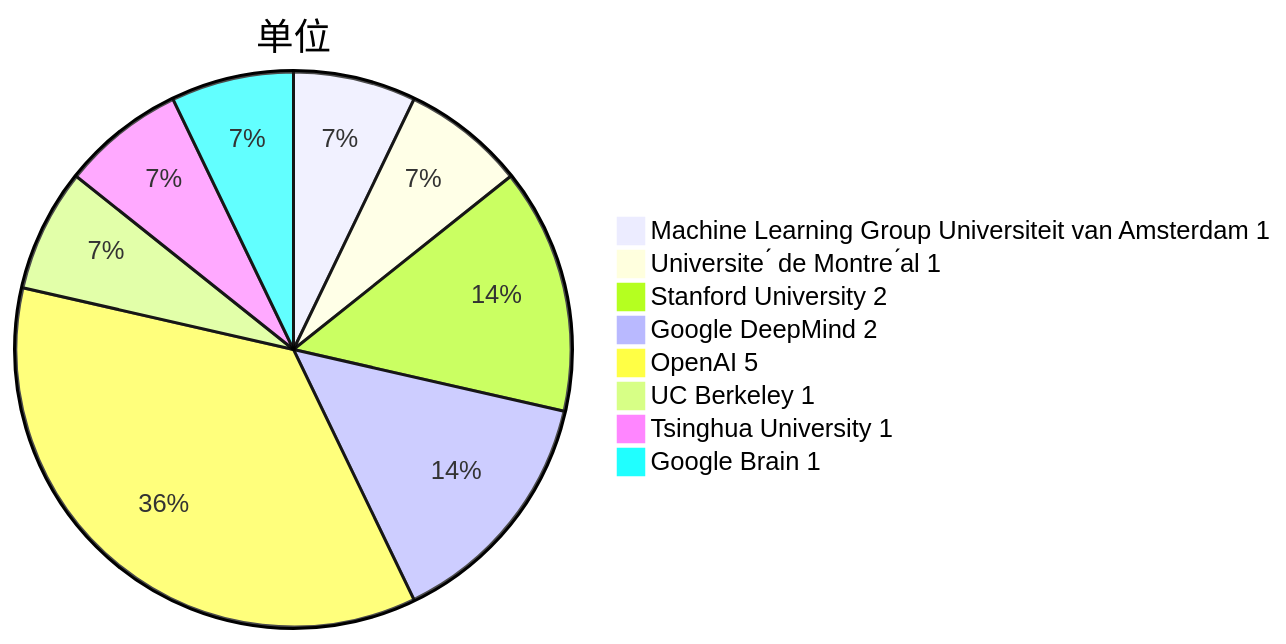
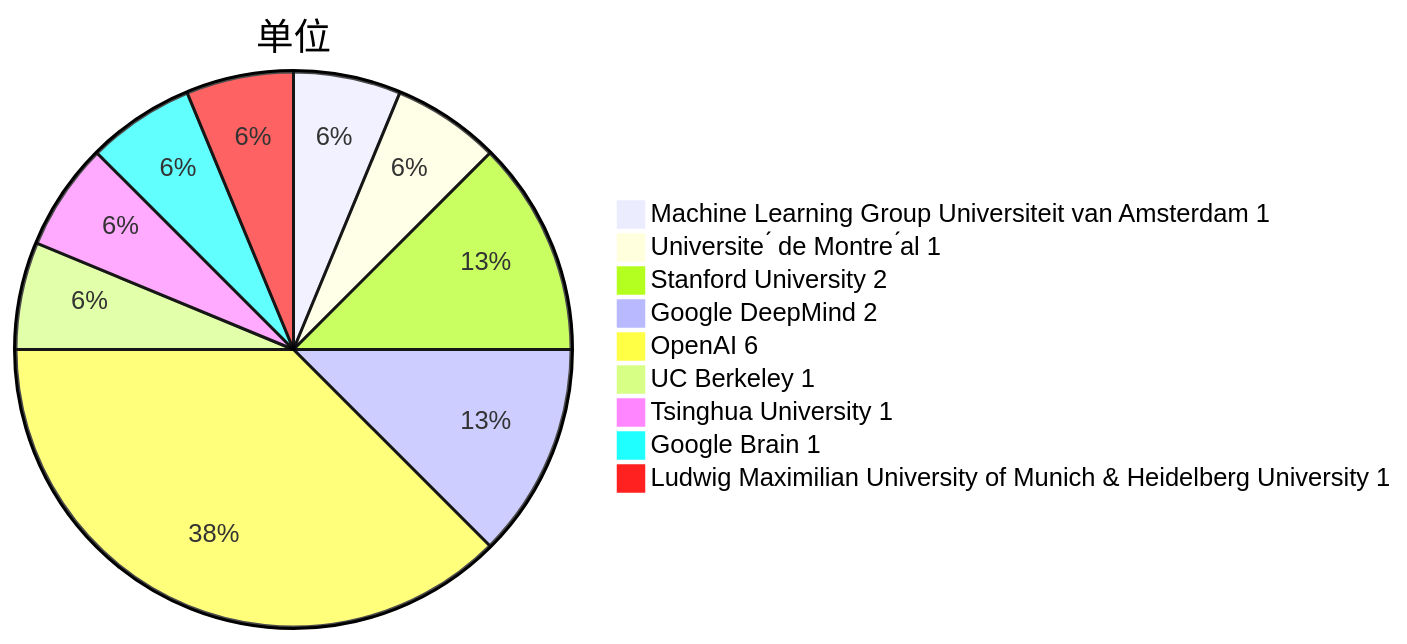
Before and after one commit to Elephant-King9/Paper: the third of 5 diagrams in Base_Model/GAN+VAE+Diffusion/analyse.md, drawn with Mermaid. The commit also changed other lines of this file and 6 other files, not shown here.

````diff
--- a/Base_Model/GAN+VAE+Diffusion/analyse.md
+++ b/Base_Model/GAN+VAE+Diffusion/analyse.md
@@ -50,11 +54,12 @@
 ```mermaid
 pie title 单位
     "Machine Learning Group Universiteit van Amsterdam 1" : 1
     "Universite ́ de Montre ́al 1" : 1
     "Stanford University 2" : 2
     "Google DeepMind 2" : 2
-    "OpenAI 5" : 5
+    "OpenAI 6" : 6
     "UC Berkeley 1" : 1
     "Tsinghua University 1" : 1
     "Google Brain 1" : 1
+    "Ludwig Maximilian University of Munich & Heidelberg University 1" : 1
 ```
````
